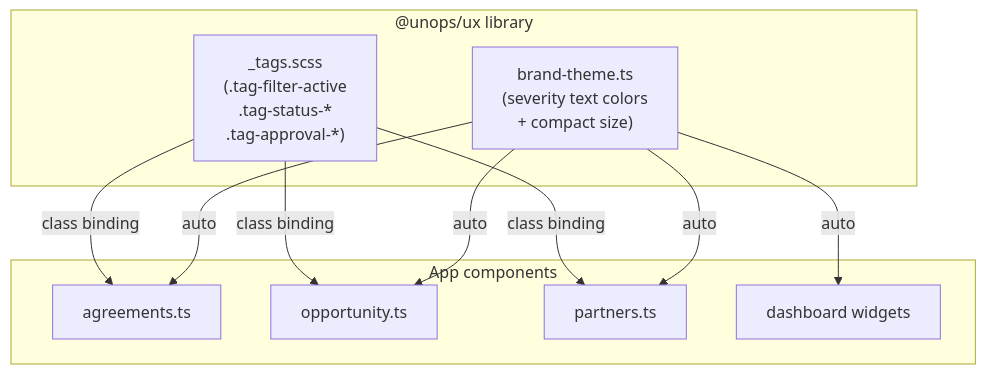
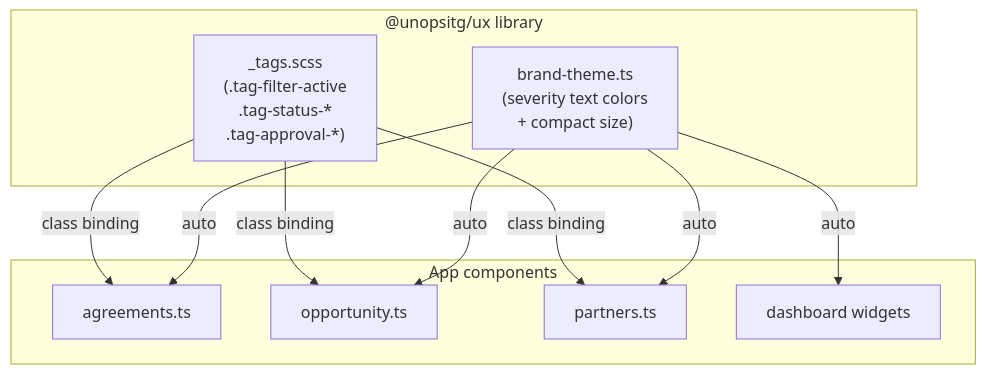
One commit to emamirelar/unops-ng21_ux changed the diagram in .cursor/plans/centralize_tag_styles_016a45cd.plan.md. Above: the diagram before and after it, drawn with Mermaid. The commit also changed 67 other files, not shown here.

First line of the commit message:
Fix package scope: @unops/ux -> @unopsitg/ux

````diff
--- a/.cursor/plans/centralize_tag_styles_016a45cd.plan.md
+++ b/.cursor/plans/centralize_tag_styles_016a45cd.plan.md
@@ -44,20 +44,20 @@
 ```mermaid
 flowchart TD
-  subgraph library ["@unops/ux library"]
+  subgraph library ["@unopsitg/ux library"]
     BT["brand-theme.ts\n(severity text colors\n+ compact size)"]
     TS["_tags.scss\n(.tag-filter-active\n.tag-status-*\n.tag-approval-*)"]
   end
   subgraph app [App components]
     AGR[agreements.ts]
     OPP[opportunity.ts]
     PTR[partners.ts]
     DASH[dashboard widgets]
   end
   BT -->|auto| AGR
   BT -->|auto| OPP
   BT -->|auto| PTR
   BT -->|auto| DASH
   TS -->|"class binding"| AGR
   TS -->|"class binding"| OPP
   TS -->|"class binding"| PTR
 ```
````
